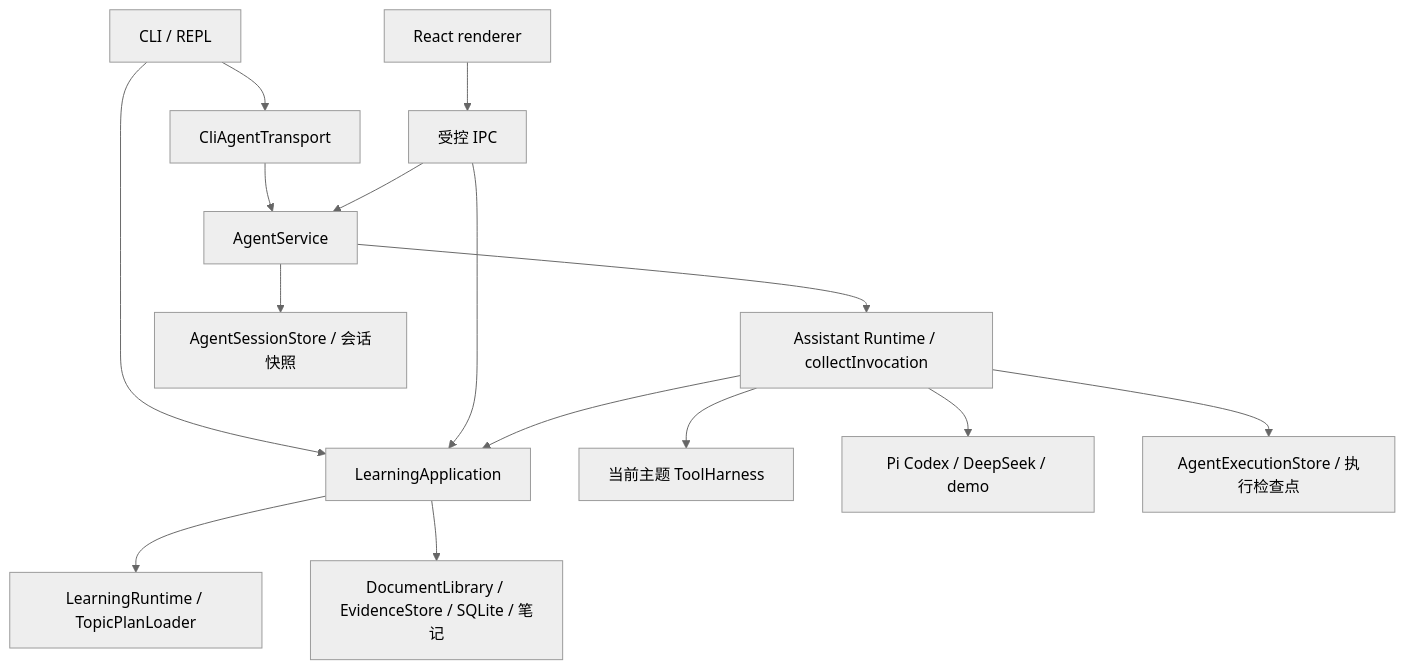
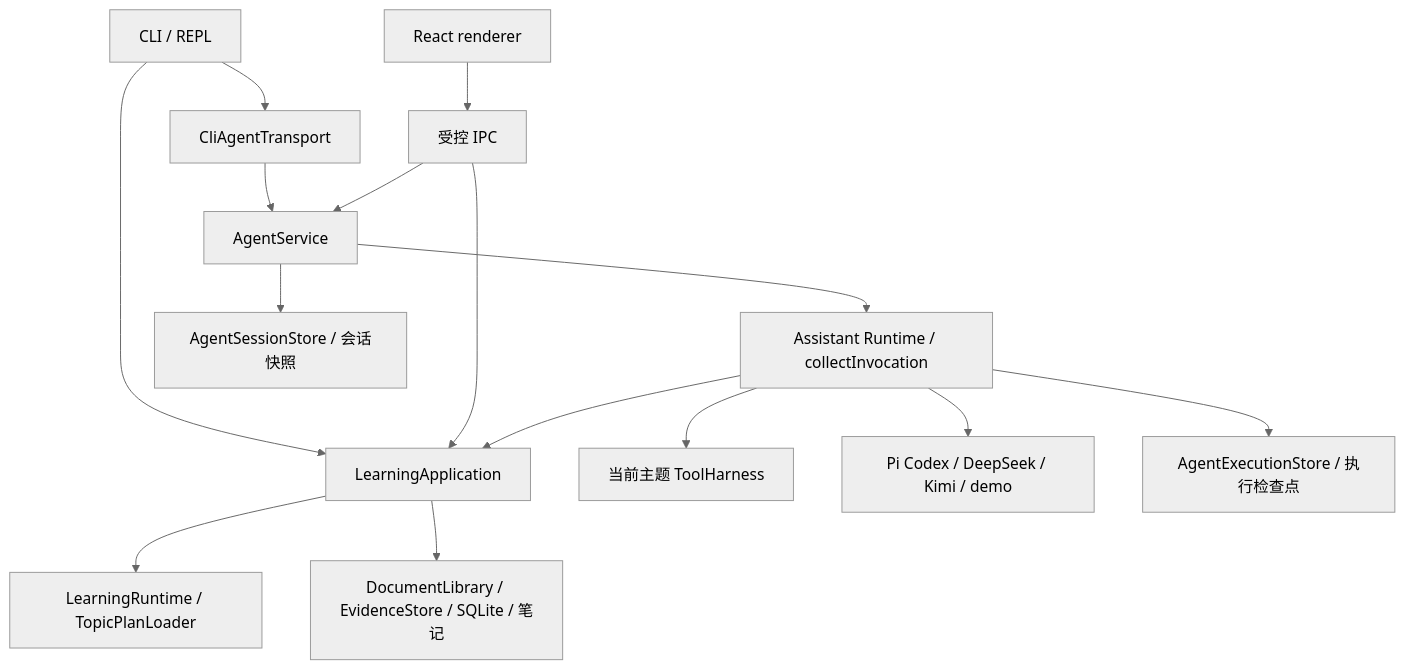
The diagram in docs/architecture.md (muzigef/zhixing), drawn with Mermaid (neutral theme) before and after one commit. The commit also changed other lines of this file and 49 other files, not shown here.

````diff
--- a/docs/architecture.md
+++ b/docs/architecture.md
@@ -12,17 +12,17 @@
 ```mermaid
 graph TD
   CLI[CLI / REPL] --> Adapter[CliAgentTransport]
   Adapter --> Agent[AgentService]
   CLI --> App[LearningApplication]
   UI[React renderer] --> IPC[受控 IPC]
   IPC --> Agent
   IPC --> App
   Agent --> Assistant[Assistant Runtime / collectInvocation]
   Assistant --> App
   App --> Domain[LearningRuntime / TopicPlanLoader]
   App --> Stores[DocumentLibrary / EvidenceStore / SQLite / 笔记]
   Assistant --> Tools[当前主题 ToolHarness]
-  Assistant --> Model[Pi Codex / DeepSeek / demo]
+  Assistant --> Model[Pi Codex / DeepSeek / Kimi / demo]
   Agent --> Chat[AgentSessionStore / 会话快照]
   Assistant --> Journal[AgentExecutionStore / 执行检查点]
 ```
````
